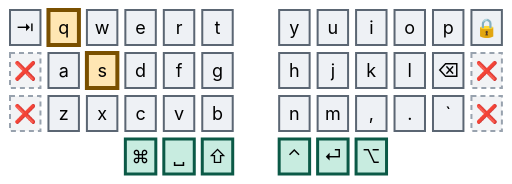
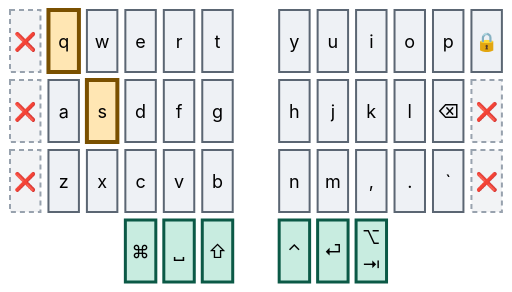
The tenth of 41 diagrams in combos.md (abloch/zmk-corne), drawn with Mermaid before and after one commit. The commit also changed other lines of this file and 5 other files, not shown here.

````diff
--- a/combos.md
+++ b/combos.md
@@ -261,21 +261,21 @@
 ```mermaid
 %%{init: {'theme':'base','themeVariables':{'primaryColor':'#eef1f5','primaryTextColor':'#0b0f14','primaryBorderColor':'#5b6673','nodeTextColor':'#0b0f14','textColor':'#0b0f14','mainBkg':'#eef1f5','fontSize':'18px'}}}%%
 block
 columns 13
 
-  tab["⇥"] q w e r t space y u i o p lock["🔒"]
+  tab["❌"] q w e r t space y u i o p lock["🔒"]
   x4["❌"] a s d f g space h j k l bspc["⌫"] x1["❌"]
   x2["❌"] z x c v b space n m cma[","] dot["."] grv[" `"] x3["❌"]
-  space:3 cmd["⌘"] spc["␣"] sft["⇧"] space ctl["⌃"] ent["⏎"] alt["⌥"] space:3
+  space:3 cmd["⌘"] spc["␣"] sft["⇧"] space ctl["⌃"] ent["⏎"] alt["⌥<br/>⇥"] space:3
 
   classDef anchor fill:#bfe6f0,stroke:#0a4f63,stroke-width:4px,color:#04222b
   classDef trig fill:#ffe6b3,stroke:#7a5000,stroke-width:4px,color:#2e1e00
   classDef core fill:#eef1f5,stroke:#5b6673,stroke-width:2px,color:#0b0f14
   classDef thumb fill:#c8ece0,stroke:#0b5946,stroke-width:3px,color:#06241c
   classDef dead fill:#f2f3f5,stroke:#98a2ae,stroke-width:2px,stroke-dasharray:5 4,color:#5b6673
 
   class q,s trig
-  class tab,w,e,r,t,y,u,i,o,p,lock,a,d,f,g,h,j,k,l,bspc,z,x,c,v,b,n,m,cma,dot,grv core
+  class w,e,r,t,y,u,i,o,p,lock,a,d,f,g,h,j,k,l,bspc,z,x,c,v,b,n,m,cma,dot,grv core
   class cmd,spc,sft,ctl,ent,alt thumb
-  class x1,x2,x3,x4 dead
+  class tab,x1,x2,x3,x4 dead
 ```
````
